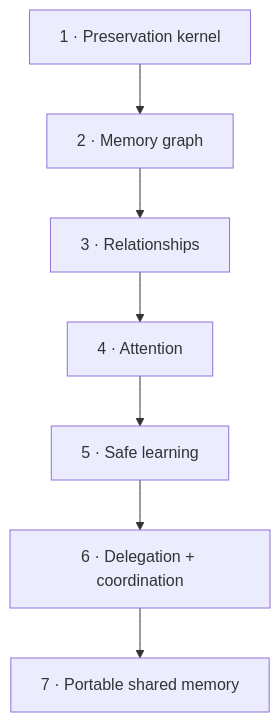
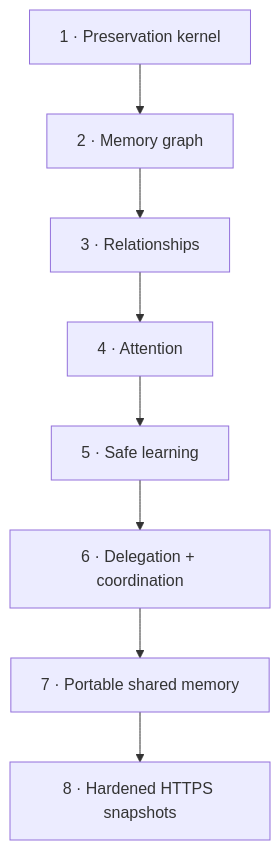
Before and after one commit to Maykbiletti/AgentSpine: the diagram in docs/roadmap.md, drawn with Mermaid. The commit also changed other lines of this file and 17 other files, not shown here.

Commit message:
feat: add hardened HTTPS snapshot transport

````diff
--- a/docs/roadmap.md
+++ b/docs/roadmap.md
@@ -5,9 +5,10 @@
 ```mermaid
 flowchart TB
     A["1 · Preservation kernel"] --> B["2 · Memory graph"]
     B --> C["3 · Relationships"]
     C --> D["4 · Attention"]
     D --> E["5 · Safe learning"]
     E --> F["6 · Delegation + coordination"]
     F --> G["7 · Portable shared memory"]
+    G --> H["8 · Hardened HTTPS snapshots"]
 ```
````
